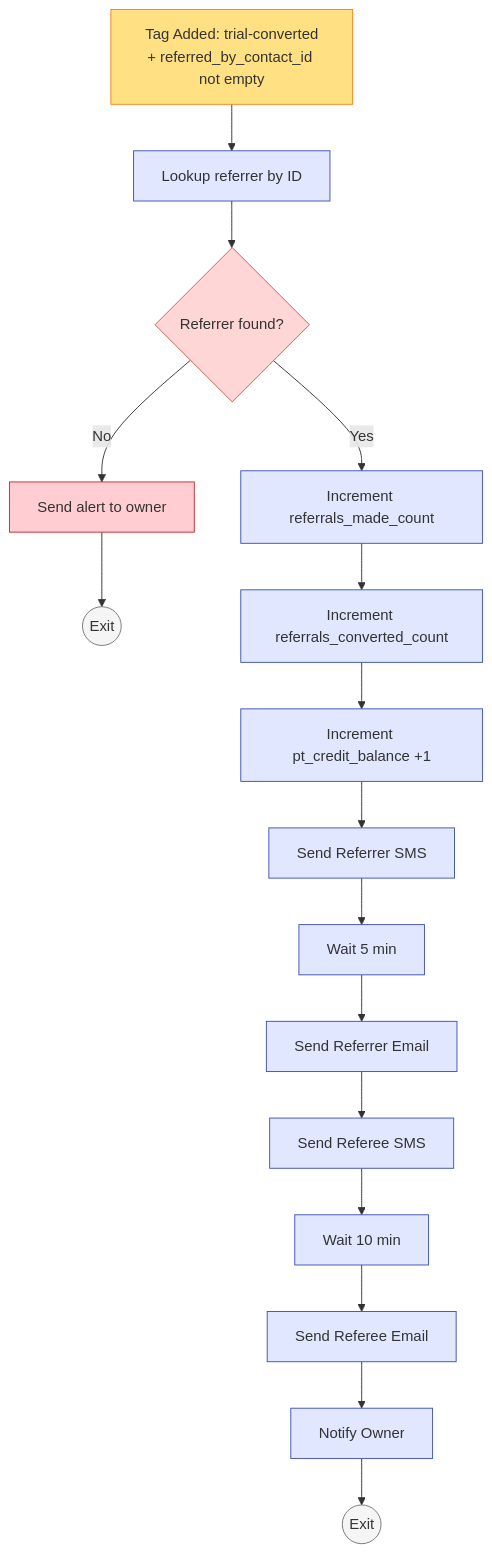
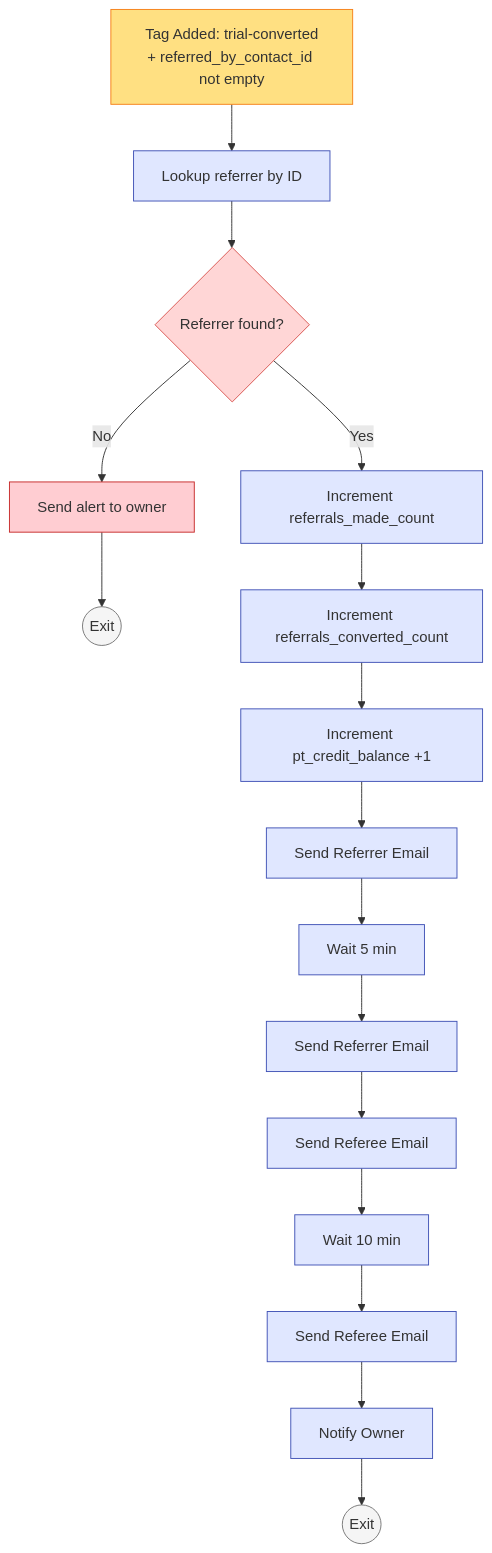
The second of 3 diagrams in client-demo/sunrise-wellness-studio/problems/08-referral-engine/assets/workflow.md (safeer-maker/GoHighLevel), drawn with Mermaid before and after one commit. The commit also changed other lines of this file and 50 other files, not shown here.

````diff
--- a/client-demo/sunrise-wellness-studio/problems/08-referral-engine/assets/workflow.md
+++ b/client-demo/sunrise-wellness-studio/problems/08-referral-engine/assets/workflow.md
@@ -358,30 +358,30 @@
 ```mermaid
 graph TD
     T[Tag Added: trial-converted<br/>+ referred_by_contact_id not empty] --> A1[Lookup referrer by ID]
     A1 --> F1{Referrer found?}
     F1 -->|No| ALERT[Send alert to owner]
     ALERT --> EX0((Exit))
     F1 -->|Yes| A2[Increment referrals_made_count]
     A2 --> A3[Increment referrals_converted_count]
     A3 --> A4[Increment pt_credit_balance +1]
-    A4 --> A5[Send Referrer SMS]
+    A4 --> A5[Send Referrer Email]
     A5 --> A6[Wait 5 min]
     A6 --> A7[Send Referrer Email]
-    A7 --> A8[Send Referee SMS]
+    A7 --> A8[Send Referee Email]
     A8 --> A9[Wait 10 min]
     A9 --> A10[Send Referee Email]
     A10 --> A11[Notify Owner]
     A11 --> EX1((Exit))
 
     classDef trigger fill:#FFE082,stroke:#F57F17
     classDef action fill:#E0E7FF,stroke:#3F51B5
     classDef cond fill:#FFD6D6,stroke:#D9534F
     classDef alert fill:#FFCDD2,stroke:#C62828
     classDef exit fill:#F5F5F5,stroke:#757575
 
     class T trigger
     class A1,A2,A3,A4,A5,A6,A7,A8,A9,A10,A11 action
     class F1 cond
     class ALERT alert
     class EX0,EX1 exit
 ```
````
